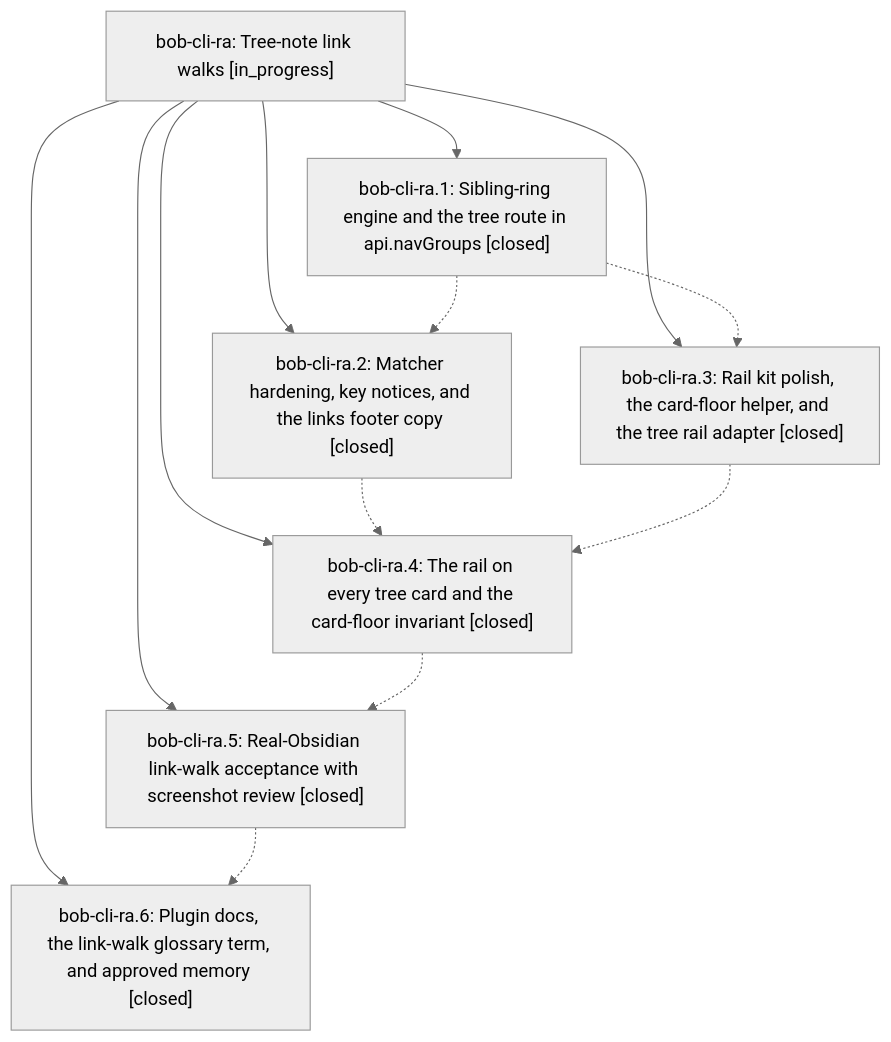
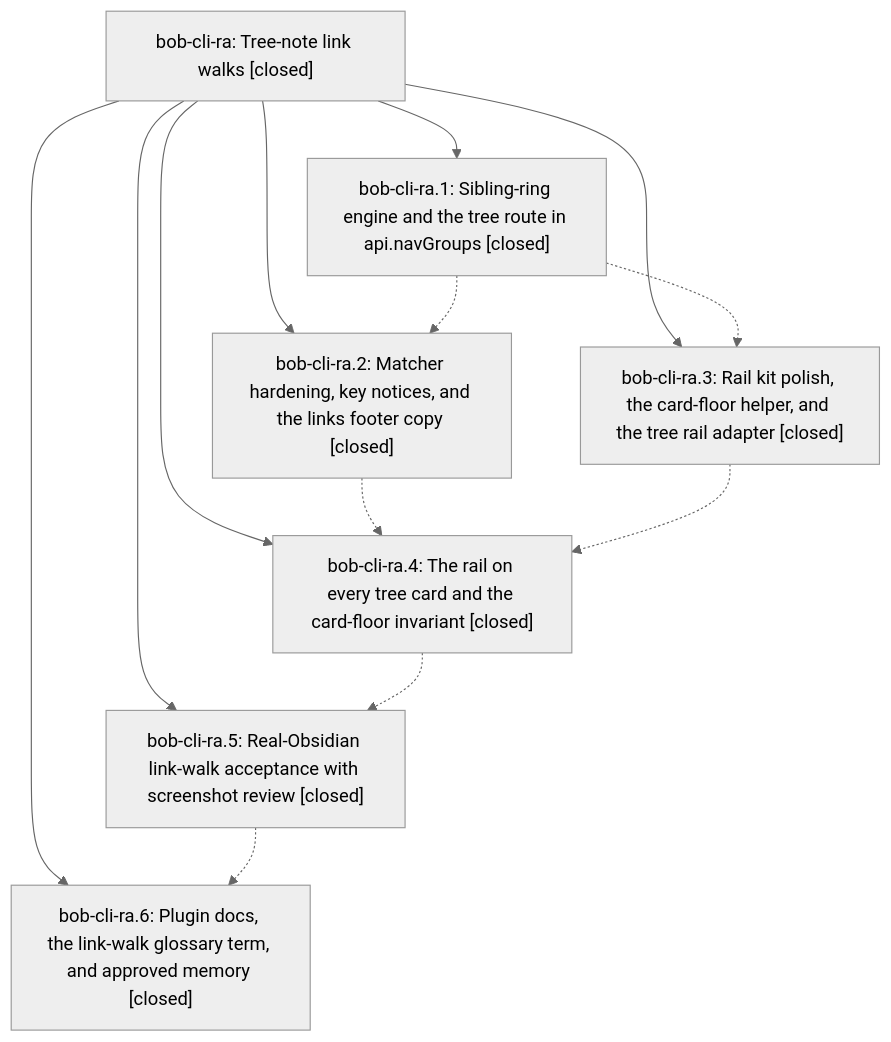
The diagram in pages/bob-cli-ra/README.md (bobs-org/bob-cli--beads), drawn with Mermaid (neutral theme) before and after one commit. The commit also changed other lines of this file and 3 other files, not shown here.

First line of the commit message:
chore(beads): sync bead state and pages for bob-cli-ra

````diff
--- a/pages/bob-cli-ra/README.md
+++ b/pages/bob-cli-ra/README.md
@@ -43,22 +74,22 @@
 ```mermaid
 flowchart TD
-    n0["bob-cli-ra: Tree-note link walks [in_progress]"]
+    n0["bob-cli-ra: Tree-note link walks [closed]"]
     n1["bob-cli-ra.1: Sibling-ring engine and the tree route in api.navGroups [closed]"]
     n2["bob-cli-ra.2: Matcher hardening, key notices, and the links footer copy [closed]"]
     n3["bob-cli-ra.3: Rail kit polish, the card-floor helper, and the tree rail adapter [closed]"]
     n4["bob-cli-ra.4: The rail on every tree card and the card-floor invariant [closed]"]
     n5["bob-cli-ra.5: Real-Obsidian link-walk acceptance with screenshot review [closed]"]
     n6["bob-cli-ra.6: Plugin docs, the link-walk glossary term, and approved memory [closed]"]
     n0 --> n1
     n0 --> n2
     n0 --> n3
     n0 --> n4
     n0 --> n5
     n0 --> n6
     n1 -.-> n2
     n1 -.-> n3
     n2 -.-> n4
     n3 -.-> n4
     n4 -.-> n5
     n5 -.-> n6
 ```
````
